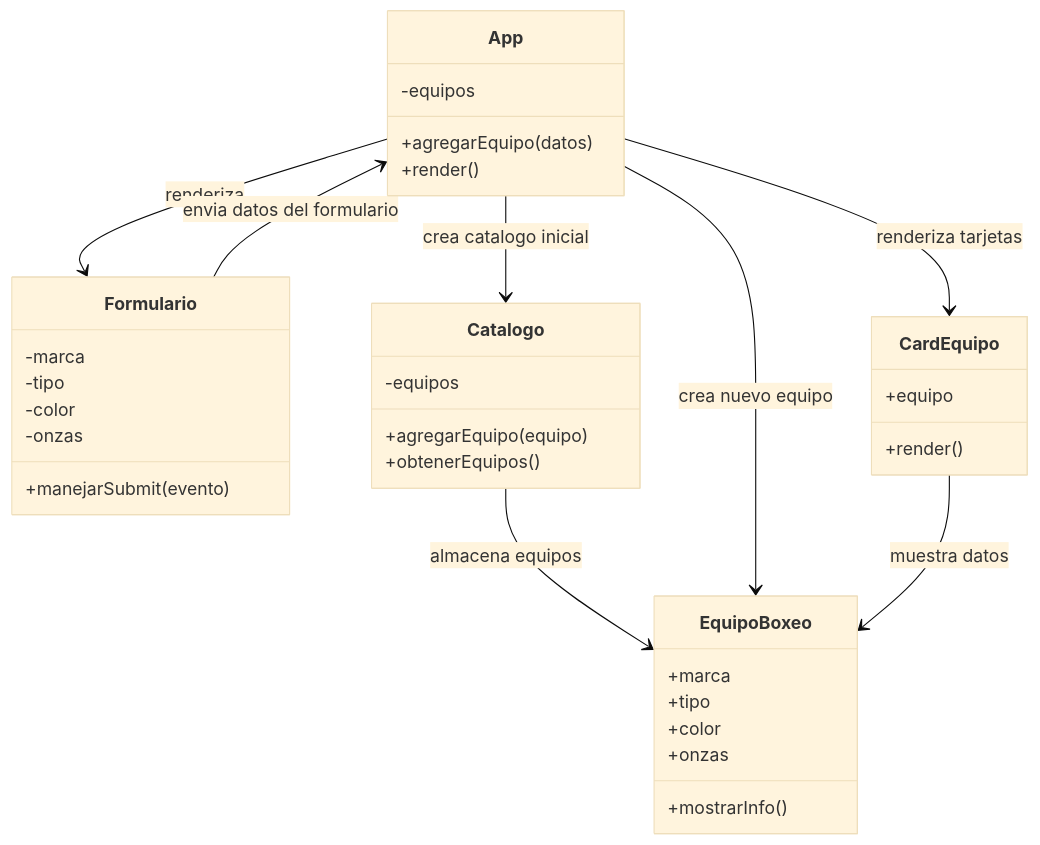
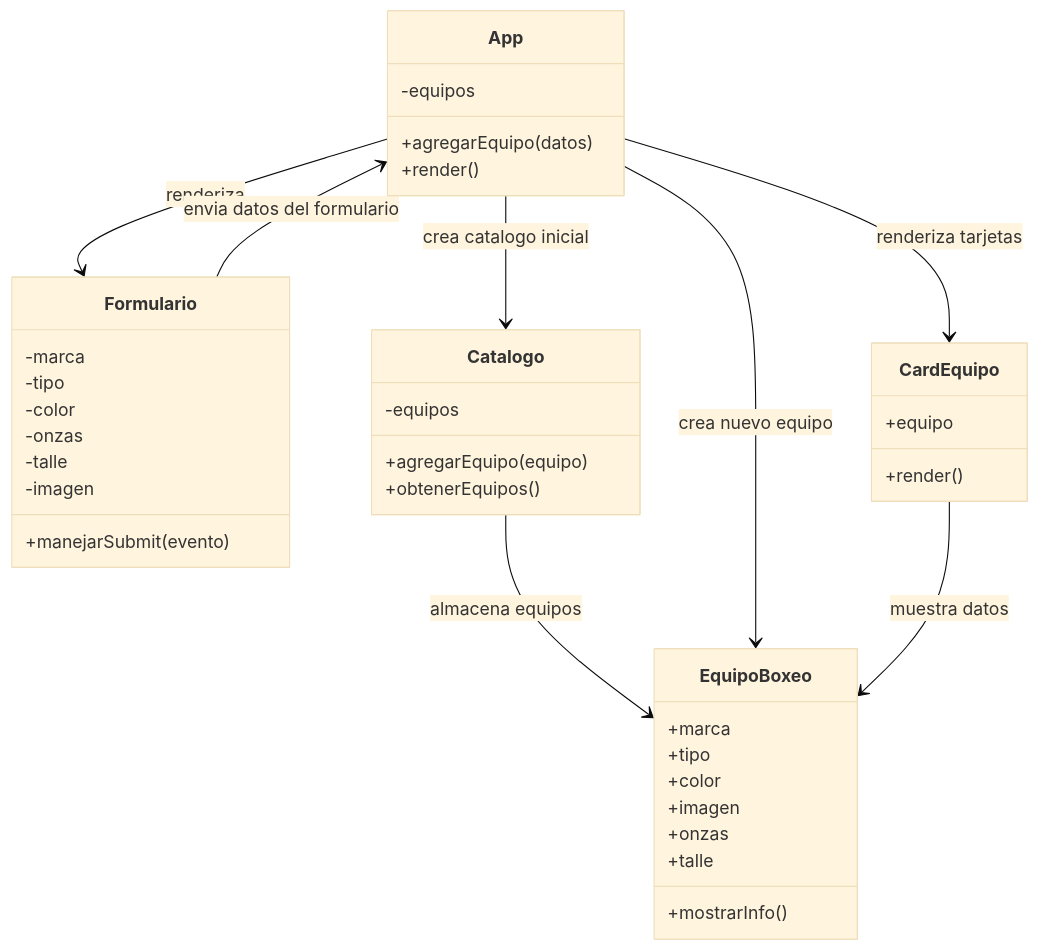
One commit to augustoserra-edu/Catalogo_Guantes changed the diagram in README.md. Above: the diagram before and after it, drawn with Mermaid (base theme). The commit also changed other lines of this file and 8 other files, not shown here.

````diff
--- a/README.md
+++ b/README.md
@@ -26,43 +28,47 @@
 ```mermaid
 classDiagram
     class App {
         -equipos
         +agregarEquipo(datos)
         +render()
     }
 
     class Formulario {
         -marca
         -tipo
         -color
         -onzas
+        -talle
+        -imagen
         +manejarSubmit(evento)
     }
 
     class CardEquipo {
         +equipo
         +render()
     }
 
     class Catalogo {
         -equipos
         +agregarEquipo(equipo)
         +obtenerEquipos()
     }
 
     class EquipoBoxeo {
         +marca
         +tipo
         +color
+        +imagen
         +onzas
+        +talle
         +mostrarInfo()
     }
 
     App --> Catalogo : crea catalogo inicial
     Catalogo --> EquipoBoxeo : almacena equipos
     App --> Formulario : renderiza
     App --> CardEquipo : renderiza tarjetas
     Formulario --> App : envia datos del formulario
     App --> EquipoBoxeo : crea nuevo equipo
     CardEquipo --> EquipoBoxeo : muestra datos
 ```
````
